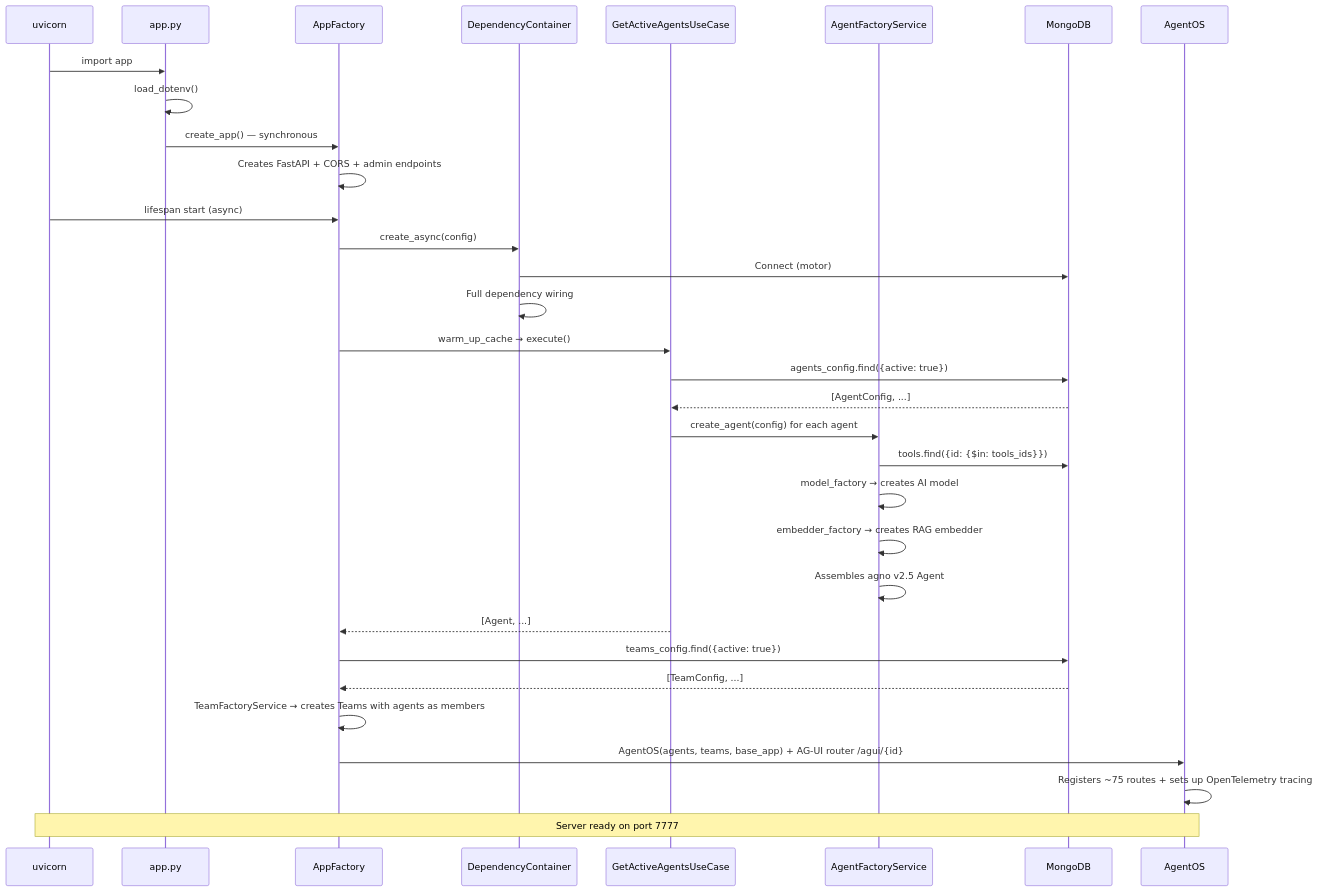
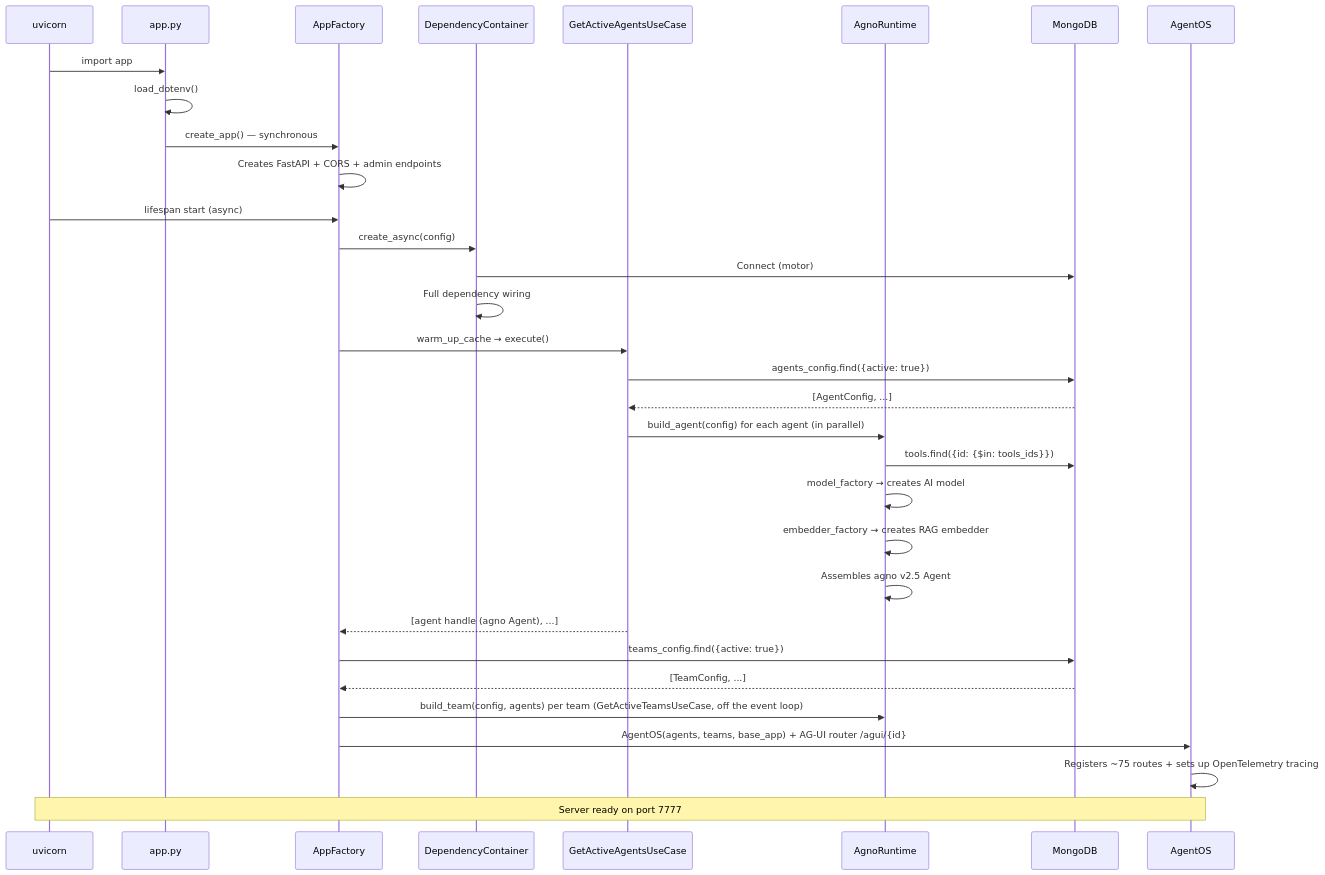
One commit to Mosfet04/orquestradorIAPythonArgo changed the second of 4 diagrams in README.en.md. Above: the diagram before and after it, drawn with Mermaid. The commit also changed other lines of this file and 50 other files, not shown here.

````diff
--- a/README.en.md
+++ b/README.en.md
@@ -376,35 +385,35 @@
 ```mermaid
 sequenceDiagram
     participant U as uvicorn
     participant A as app.py
     participant F as AppFactory
     participant DI as DependencyContainer
     participant UC as GetActiveAgentsUseCase
-    participant AF as AgentFactoryService
+    participant AF as AgnoRuntime
     participant MDB as MongoDB
     participant OS as AgentOS
 
     U->>A: import app
     A->>A: load_dotenv()
     A->>F: create_app() — synchronous
     F->>F: Creates FastAPI + CORS + admin endpoints
     U->>F: lifespan start (async)
     F->>DI: create_async(config)
     DI->>MDB: Connect (motor)
     DI->>DI: Full dependency wiring
     F->>UC: warm_up_cache → execute()
     UC->>MDB: agents_config.find({active: true})
     MDB-->>UC: [AgentConfig, ...]
-    UC->>AF: create_agent(config) for each agent
+    UC->>AF: build_agent(config) for each agent (in parallel)
     AF->>MDB: tools.find({id: {$in: tools_ids}})
     AF->>AF: model_factory → creates AI model
     AF->>AF: embedder_factory → creates RAG embedder
     AF->>AF: Assembles agno v2.5 Agent
-    UC-->>F: [Agent, ...]
+    UC-->>F: [agent handle (agno Agent), ...]
     F->>MDB: teams_config.find({active: true})
     MDB-->>F: [TeamConfig, ...]
-    F->>F: TeamFactoryService → creates Teams with agents as members
+    F->>AF: build_team(config, agents) per team (GetActiveTeamsUseCase, off the event loop)
     F->>OS: AgentOS(agents, teams, base_app) + AG-UI router /agui/{id}
     OS->>OS: Registers ~75 routes + sets up OpenTelemetry tracing
     Note over U,OS: Server ready on port 7777
 ```
````
